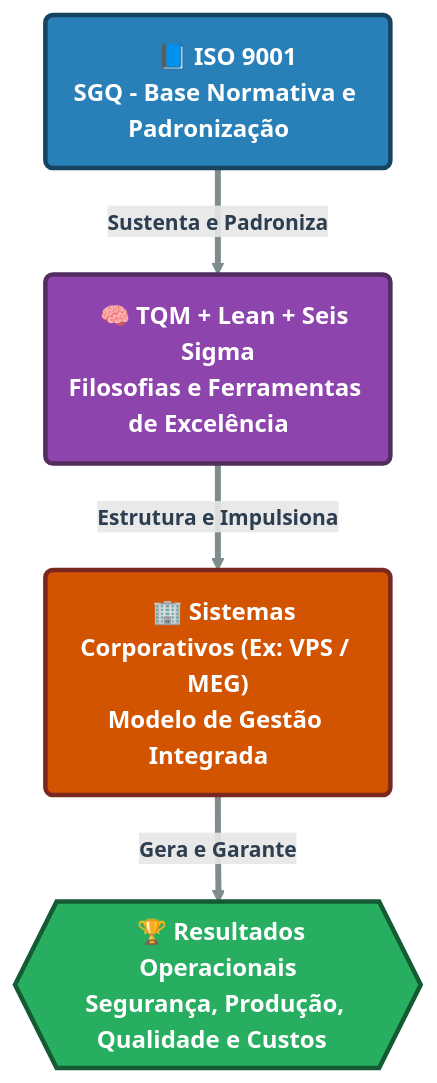
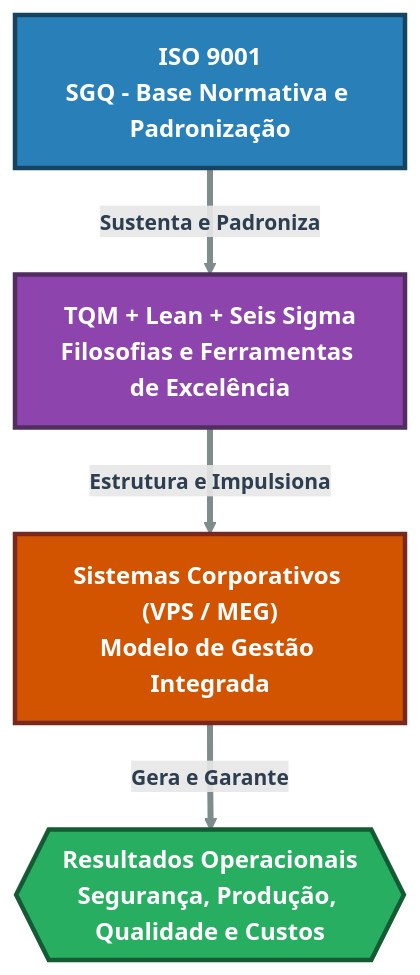
The ninth of 10 diagrams in chapters/cap2-modelos-gestao.qmd (rafasfer2/MiningAnalyticsBook), drawn with Mermaid before and after one commit. The commit also changed other lines of this file and 3 other files, not shown here.

Commit message:
Cap2: corrigir render dos diagramas Mermaid e atualizar output

````diff
--- a/chapters/cap2-modelos-gestao.qmd
+++ b/chapters/cap2-modelos-gestao.qmd
@@ -1279,32 +1278,32 @@
 ```{mermaid}
 %%| label: fig-integra-sistemas
 %%| fig-cap: "Evolução e Integração dos Sistemas de Gestão"
 
 flowchart TD
 
     %% --- CONFIGURAÇÃO DE ESTILOS (Paleta Profissional e Contraste) ---
     classDef isoStyle fill:#2980b9,stroke:#154360,stroke-width:3px,color:#ffffff,font-size:16px,font-weight:bold
     classDef philoStyle fill:#8e44ad,stroke:#512e5f,stroke-width:3px,color:#ffffff,font-size:16px,font-weight:bold
     classDef corpStyle fill:#d35400,stroke:#78281f,stroke-width:3px,color:#ffffff,font-size:16px,font-weight:bold
     classDef resultStyle fill:#27ae60,stroke:#145a32,stroke-width:3px,color:#ffffff,font-size:16px,font-weight:bold
 
-    %% --- ESTRUTURA DOS NÓS (Substituído \n por <br> e adicionado espaçamento) ---
-    A("&nbsp;&nbsp;&nbsp;📘 ISO 9001<br>SGQ - Base Normativa e Padronização&nbsp;&nbsp;&nbsp;")
-    B("&nbsp;&nbsp;&nbsp;🧠 TQM + Lean + Seis Sigma<br>Filosofias e Ferramentas de Excelência&nbsp;&nbsp;&nbsp;")
-    C("&nbsp;&nbsp;&nbsp;🏢 Sistemas Corporativos (Ex: VPS / MEG)<br>Modelo de Gestão Integrada&nbsp;&nbsp;&nbsp;")
-    D{{"&nbsp;&nbsp;🏆 Resultados Operacionais<br>Segurança, Produção, Qualidade e Custos&nbsp;&nbsp;"}}
+    %% --- ESTRUTURA DOS NÓS (Versão compatível para renderização estável) ---
+    A["ISO 9001<br/>SGQ - Base Normativa e Padronização"]
+    B["TQM + Lean + Seis Sigma<br/>Filosofias e Ferramentas de Excelência"]
+    C["Sistemas Corporativos (VPS / MEG)<br/>Modelo de Gestão Integrada"]
+    D{{"Resultados Operacionais<br/>Segurança, Produção, Qualidade e Custos"}}
 
     %% --- CONEXÕES (Com verbos de transição) ---
     A == "Sustenta e Padroniza" ==> B
     B == "Estrutura e Impulsiona" ==> C
     C == "Gera e Garante" ==> D
 
     %% Engrossando e estilizando as linhas e textos das setas
     linkStyle default stroke:#7f8c8d,stroke-width:4px,color:#2c3e50,font-weight:bold,font-size:14px
 
     %% --- APLICAÇÃO DOS ESTILOS ---
     class A isoStyle;
     class B philoStyle;
     class C corpStyle;
     class D resultStyle;
 ```
````
